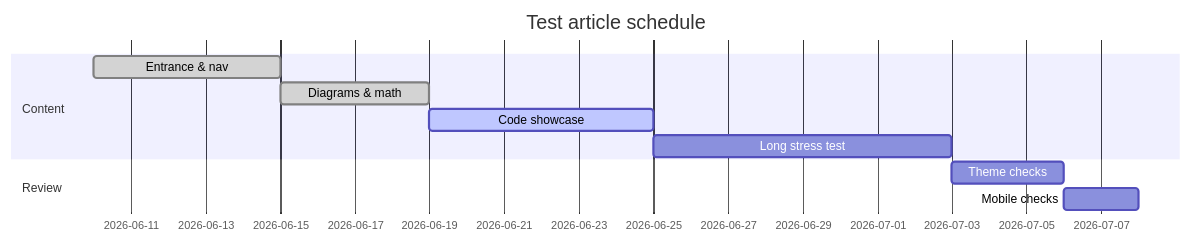
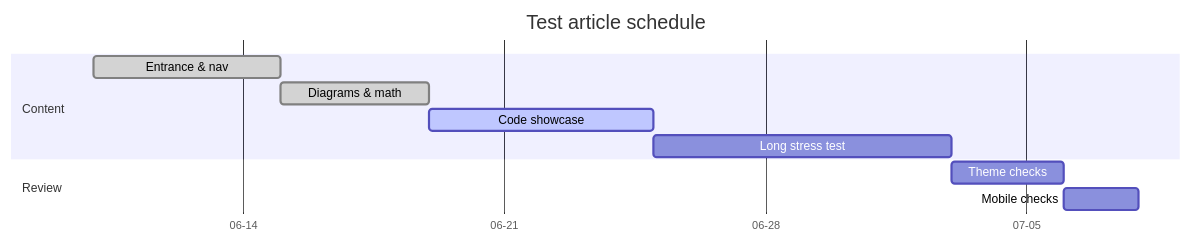
Before and after one commit to stop666two/S-ynapse: the fourth of 5 diagrams in articles/en/diagrams-math.md, drawn with Mermaid. The commit also changed 3 other files, not shown here.

Commit message:
fix(ai): Mermaid多图并发渲染串位（状态图空白/甘特被覆盖）改串行渲染，甘特轴标签收敛

````diff
--- a/articles/en/diagrams-math.md
+++ b/articles/en/diagrams-math.md
@@ -58,13 +58,15 @@
 ```mermaid
 gantt
     title Test article schedule
     dateFormat  YYYY-MM-DD
+    axisFormat  %m-%d
+    tickInterval 1week
     section Content
     Entrance & nav   :done,    a1, 2026-06-10, 5d
     Diagrams & math  :done,    a2, 2026-06-15, 4d
     Code showcase    :active,  a3, 2026-06-19, 6d
     Long stress test :          a4, 2026-06-25, 8d
     section Review
     Theme checks     :          a5, 2026-07-03, 3d
     Mobile checks    :          a6, after a5, 2d
 ```
````
